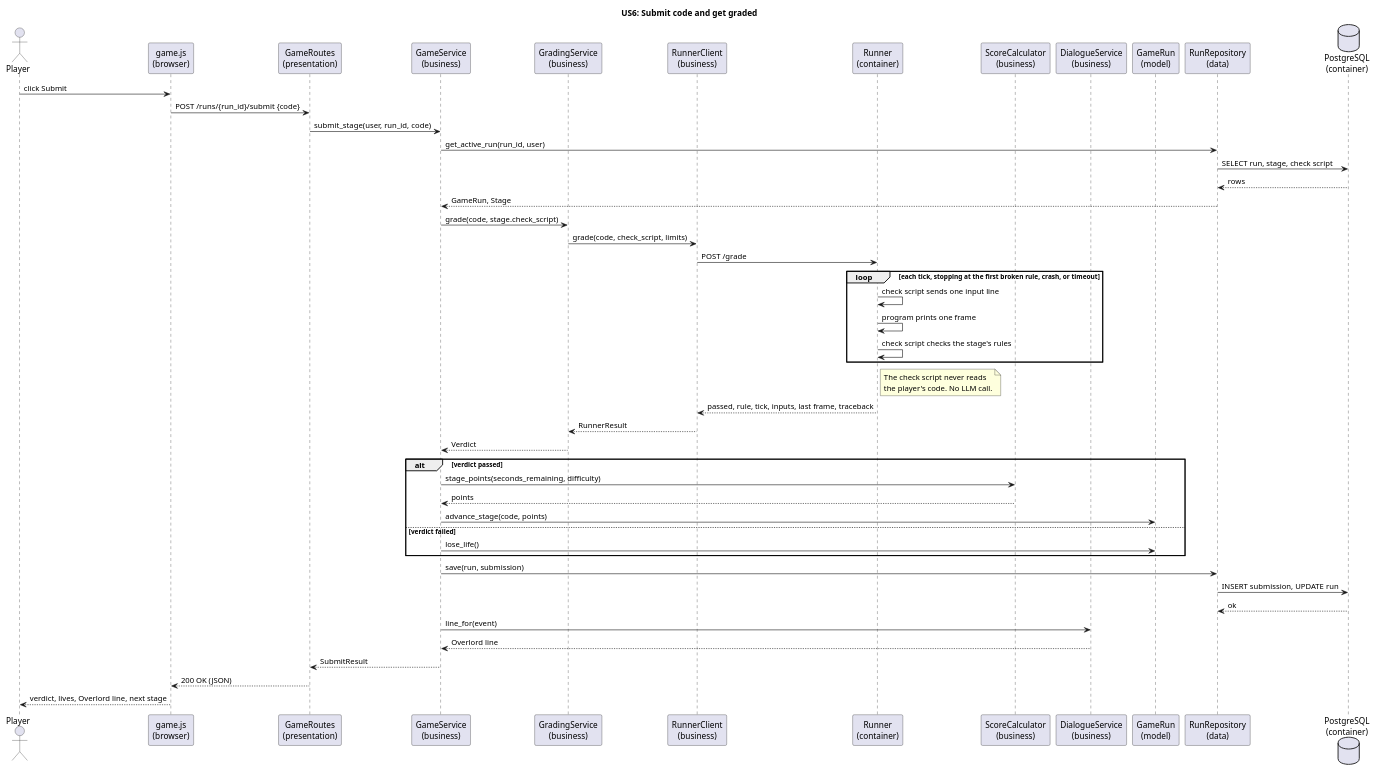
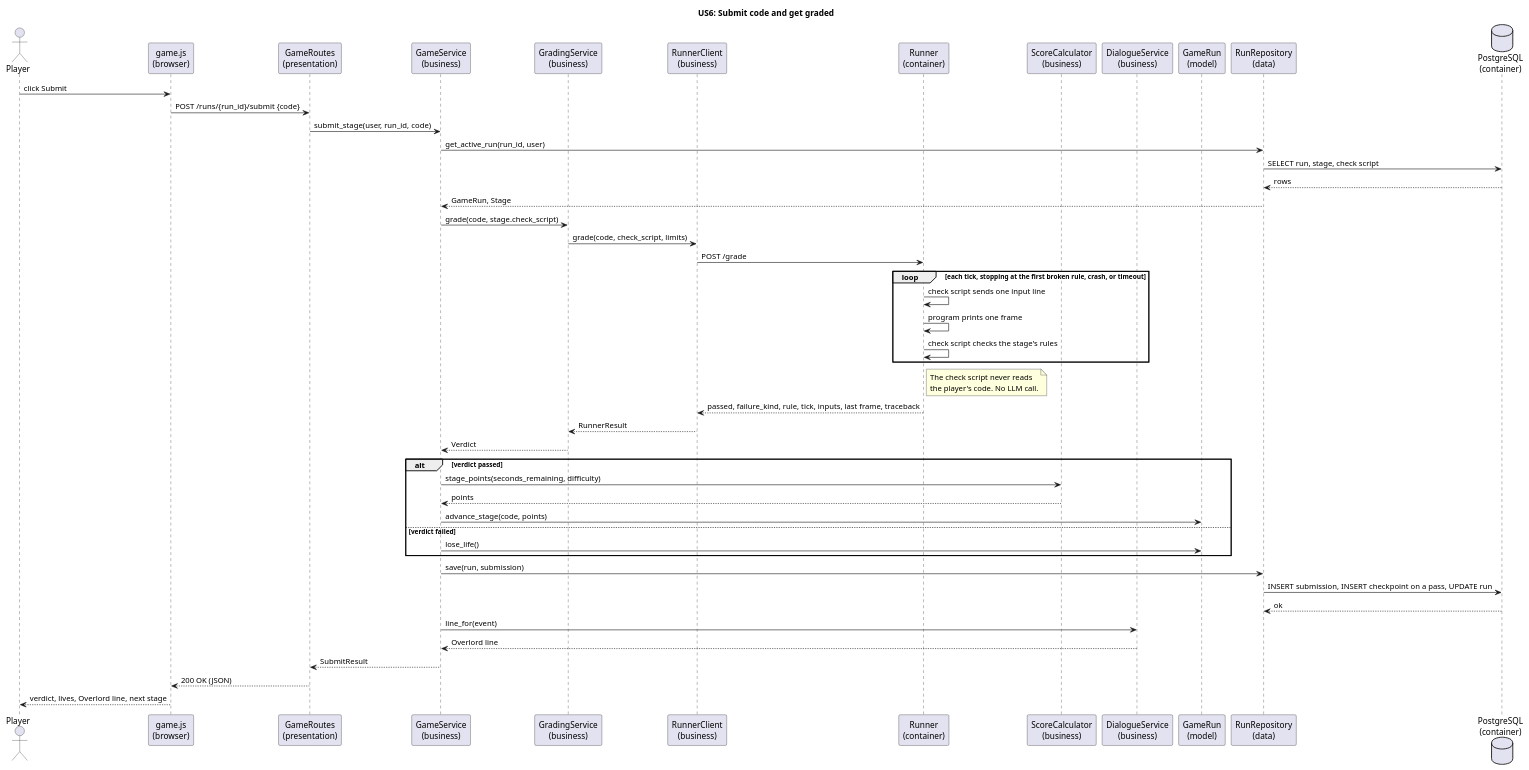
The diagram in uml/sequence-US6.wsd (msu-denver/rokos-tasks), drawn with PlantUML before and after one commit. The commit also changed 11 other files, not shown here.

First line of the commit message:
docs: fix self-review findings on grading, runner, tests, and UML (#25)

```diff
--- a/uml/sequence-US6.wsd
+++ b/uml/sequence-US6.wsd
@@ -1,64 +1,64 @@
 @startuml sequence-US6
 ' File: sequence-US6.wsd
 ' Description: Sequence diagram for US6 (Submit code and get graded),
 '     showing how a submission moves through the presentation, business
 '     logic, and data access layers and the sandbox runner container.
 ' Author(s): <team member names>
 
 title US6: Submit code and get graded
 
 actor Player
 participant "game.js\n(browser)" as JS
 participant "GameRoutes\n(presentation)" as Routes
 participant "GameService\n(business)" as Game
 participant "GradingService\n(business)" as Grading
 participant "RunnerClient\n(business)" as RunnerClient
 participant "Runner\n(container)" as Runner
 participant "ScoreCalculator\n(business)" as Score
 participant "DialogueService\n(business)" as Dialogue
 participant "GameRun\n(model)" as Run
 participant "RunRepository\n(data)" as Repo
 database "PostgreSQL\n(container)" as DB
 
 Player -> JS : click Submit
 JS -> Routes : POST /runs/{run_id}/submit {code}
 Routes -> Game : submit_stage(user, run_id, code)
 
 Game -> Repo : get_active_run(run_id, user)
 Repo -> DB : SELECT run, stage, check script
 DB --> Repo : rows
 Repo --> Game : GameRun, Stage
 
 Game -> Grading : grade(code, stage.check_script)
 Grading -> RunnerClient : grade(code, check_script, limits)
 RunnerClient -> Runner : POST /grade
 loop each tick, stopping at the first broken rule, crash, or timeout
     Runner -> Runner : check script sends one input line
     Runner -> Runner : program prints one frame
     Runner -> Runner : check script checks the stage's rules
 end
 note right of Runner : The check script never reads\nthe player's code. No LLM call.
-Runner --> RunnerClient : passed, rule, tick, inputs, last frame, traceback
+Runner --> RunnerClient : passed, failure_kind, rule, tick, inputs, last frame, traceback
 RunnerClient --> Grading : RunnerResult
 Grading --> Game : Verdict
 
 alt verdict passed
     Game -> Score : stage_points(seconds_remaining, difficulty)
     Score --> Game : points
     Game -> Run : advance_stage(code, points)
 else verdict failed
     Game -> Run : lose_life()
 end
 
 Game -> Repo : save(run, submission)
-Repo -> DB : INSERT submission, UPDATE run
+Repo -> DB : INSERT submission, INSERT checkpoint on a pass, UPDATE run
 DB --> Repo : ok
 
 Game -> Dialogue : line_for(event)
 Dialogue --> Game : Overlord line
 
 Game --> Routes : SubmitResult
 Routes --> JS : 200 OK (JSON)
 JS --> Player : verdict, lives, Overlord line, next stage
 
 @enduml
```
